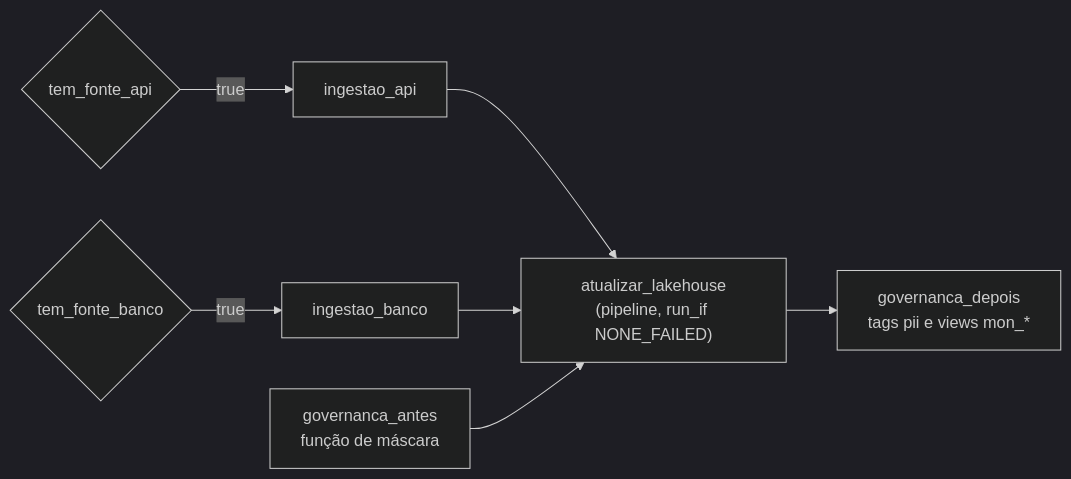
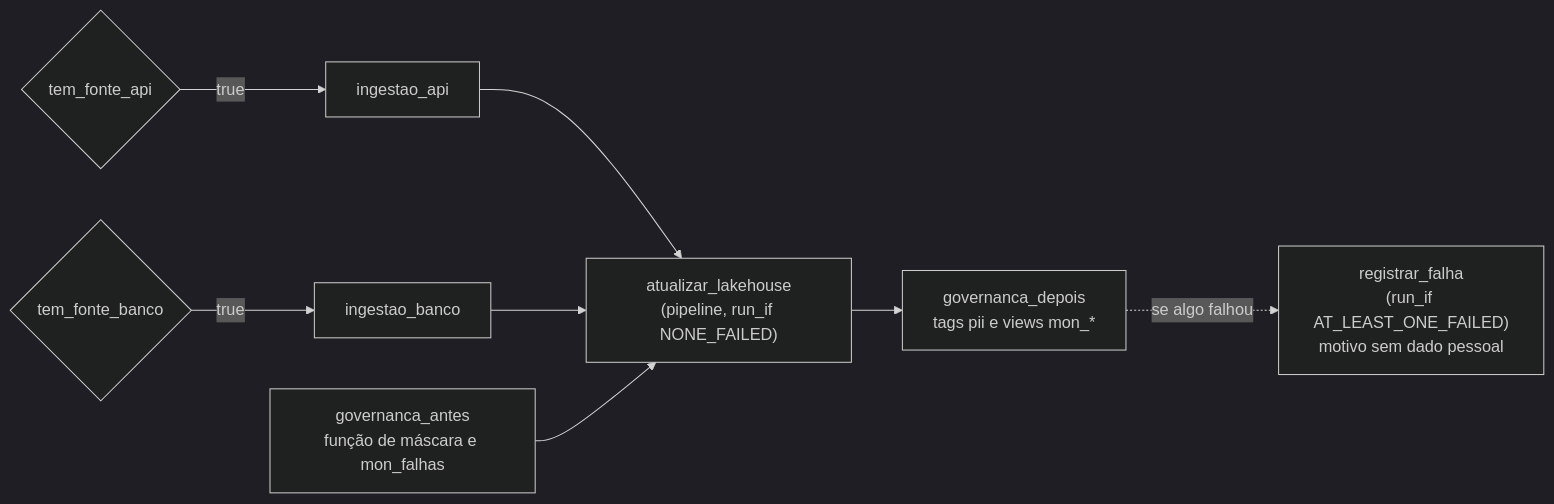
Before and after one commit to JoaoGama-dev/databricks-lakehouse-essentials: the second of 2 diagrams in docs/arquitetura.md, drawn with Mermaid (dark theme). The commit also changed other lines of this file and 9 other files, not shown here.

````diff
--- a/docs/arquitetura.md
+++ b/docs/arquitetura.md
@@ -60,10 +60,11 @@
 ```mermaid
 flowchart LR
     api_c{"tem_fonte_api"} -- "true" --> api_t["ingestao_api"]
     bco_c{"tem_fonte_banco"} -- "true" --> bco_t["ingestao_banco"]
-    gov_a["governanca_antes<br/>função de máscara"]
+    gov_a["governanca_antes<br/>função de máscara e mon_falhas"]
     api_t --> lake["atualizar_lakehouse<br/>(pipeline, run_if NONE_FAILED)"]
     bco_t --> lake
     gov_a --> lake
     lake --> gov_d["governanca_depois<br/>tags pii e views mon_*"]
+    gov_d -. "se algo falhou" .-> falha["registrar_falha<br/>(run_if AT_LEAST_ONE_FAILED)<br/>motivo sem dado pessoal"]
 ```
````
